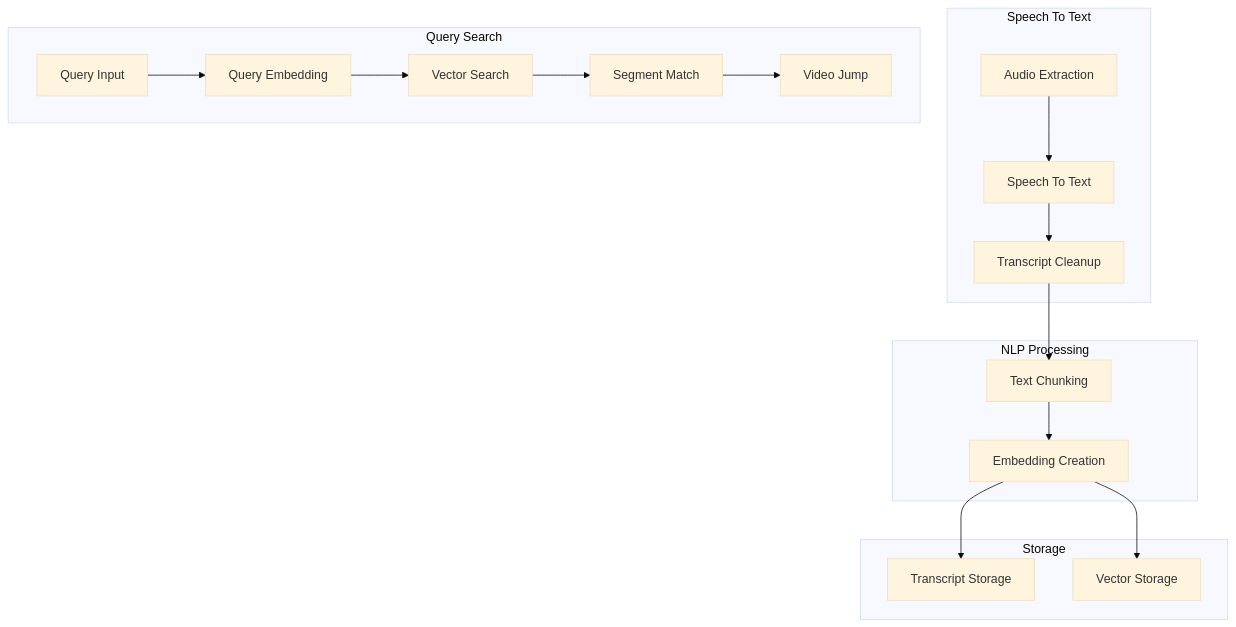
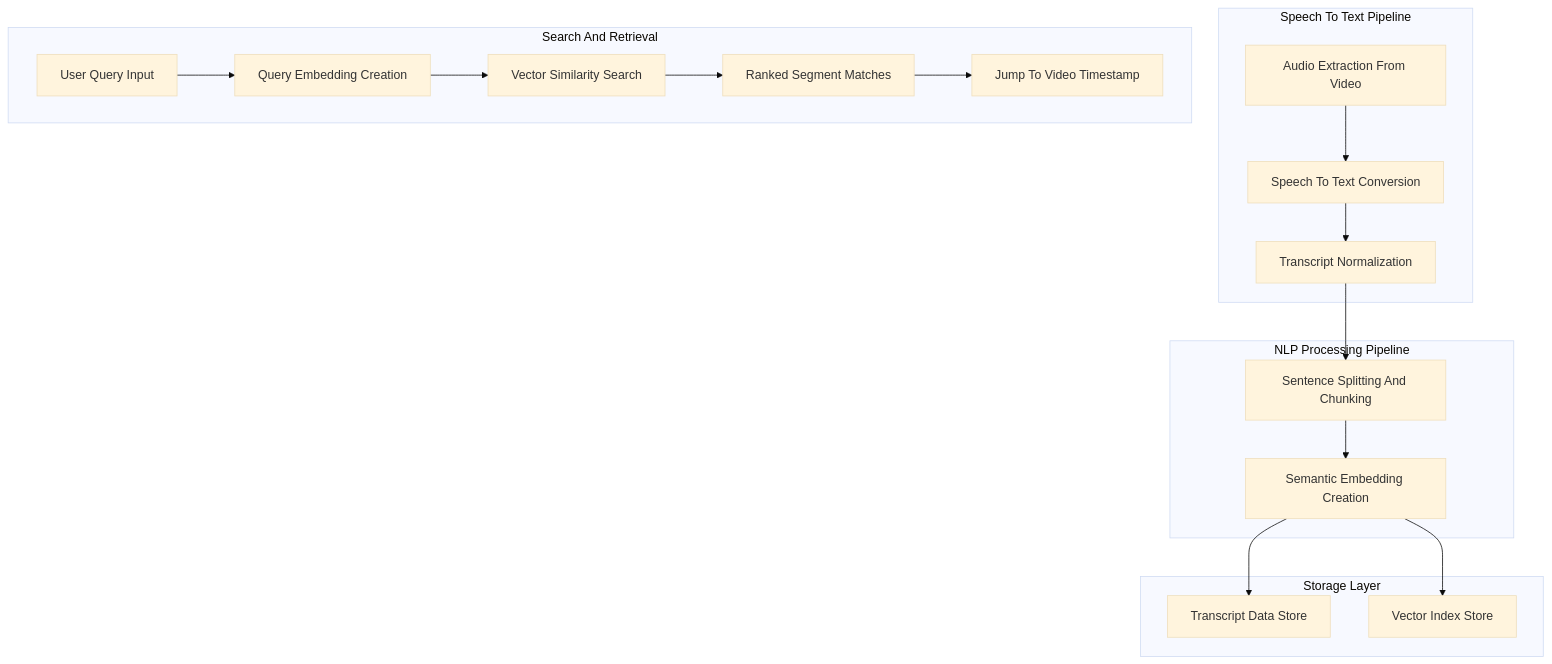
One commit to kishoredb/kishoredb-research changed the diagram in diagrams/aegis-architecture.md. Above: the diagram before and after it, drawn with Mermaid (base theme).

````diff
--- a/diagrams/aegis-architecture.md
+++ b/diagrams/aegis-architecture.md
@@ -1,37 +1,37 @@
 ```mermaid
 flowchart TD
 
-    %% AEGIS.STT group
-    subgraph STT [Speech To Text]
-        A1[Audio Extraction]
-        A2[Speech To Text]
-        A3[Transcript Cleanup]
+    %% AEGIS Speech to Text
+    subgraph STT [Speech To Text Pipeline]
+        A1[Audio Extraction From Video]
+        A2[Speech To Text Conversion]
+        A3[Transcript Normalization]
     end
 
-    %% AEGIS.NLP group
-    subgraph NLP [NLP Processing]
-        A4[Text Chunking]
-        A5[Embedding Creation]
+    %% AEGIS NLP Processing
+    subgraph NLP [NLP Processing Pipeline]
+        A4[Sentence Splitting And Chunking]
+        A5[Semantic Embedding Creation]
     end
 
-    %% AEGIS.Storage group
-    subgraph STORAGE [Storage]
-        A6[Transcript Storage]
-        A7[Vector Storage]
+    %% AEGIS Storage
+    subgraph STORAGE [Storage Layer]
+        A6[Transcript Data Store]
+        A7[Vector Index Store]
     end
 
-    %% AEGIS.Search group
-    subgraph SEARCH [Query Search]
-        Q1[Query Input]
-        Q2[Query Embedding]
-        Q3[Vector Search]
-        Q4[Segment Match]
-        Q5[Video Jump]
+    %% AEGIS Search
+    subgraph SEARCH [Search And Retrieval]
+        Q1[User Query Input]
+        Q2[Query Embedding Creation]
+        Q3[Vector Similarity Search]
+        Q4[Ranked Segment Matches]
+        Q5[Jump To Video Timestamp]
     end
 
     A1 --> A2 --> A3 --> A4 --> A5
     A5 --> A6
     A5 --> A7
 
     Q1 --> Q2 --> Q3 --> Q4 --> Q5
 ```
````
